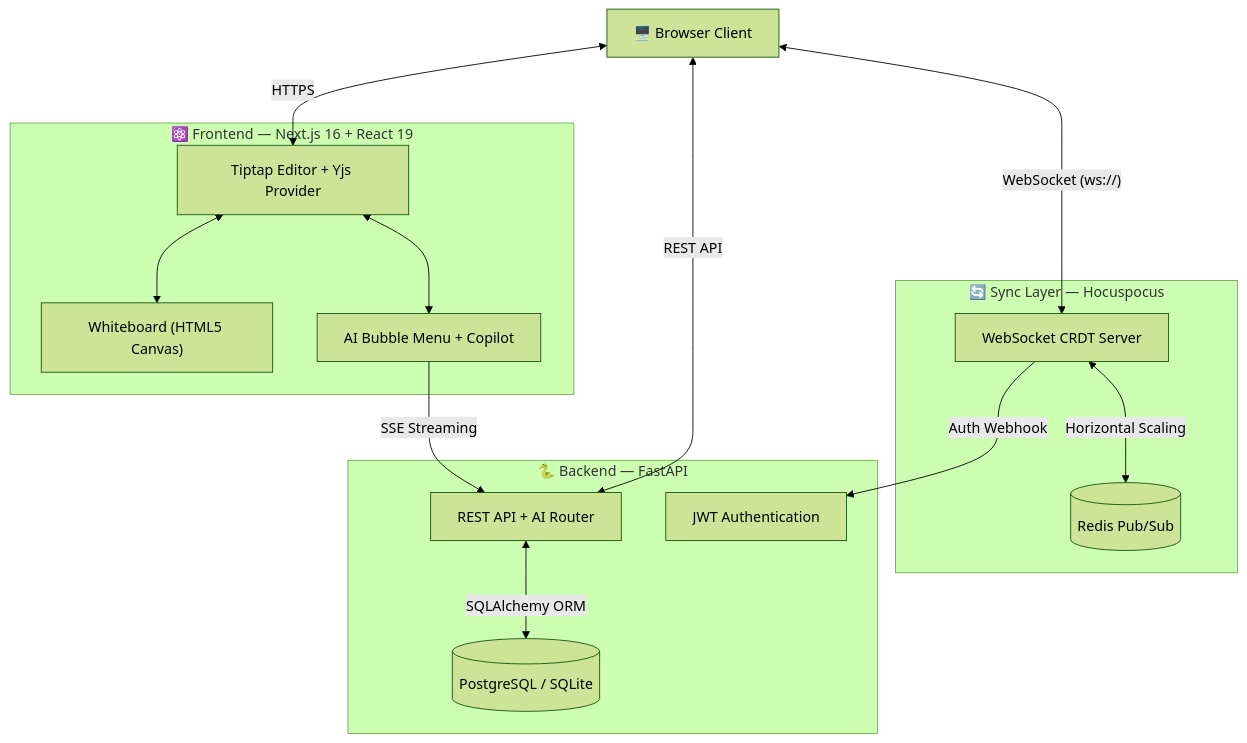
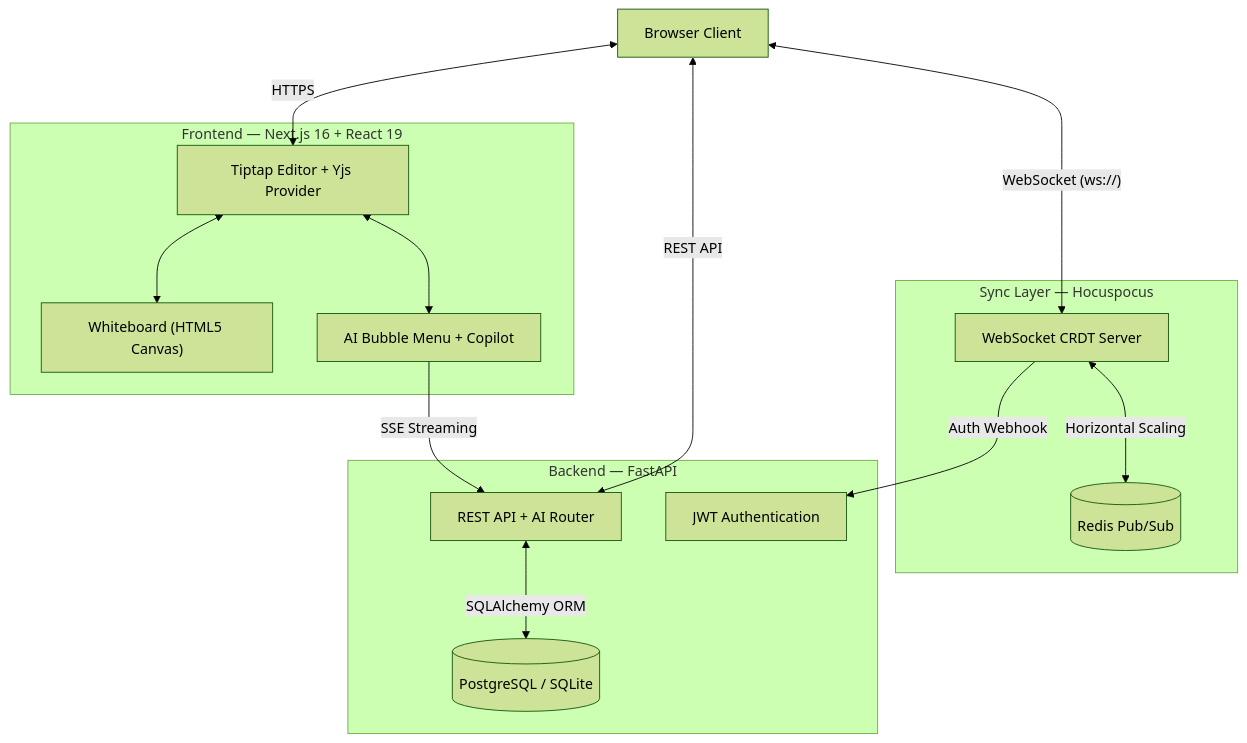
One commit to Panchadip-128/Syncpad-Distributed-State-Synchronization-Engine changed the first of 4 diagrams in README.md. Above: the diagram before and after it, drawn with Mermaid (forest theme). The commit also changed other lines of this file, not shown here.

````diff
--- a/README.md
+++ b/README.md
@@ -137,33 +137,33 @@
 ```mermaid
 graph TD
-    Client["🖥️ Browser Client"]
+    Client[" Browser Client"]
     
-    subgraph Frontend ["⚛️ Frontend — Next.js 16 + React 19"]
+    subgraph Frontend [" Frontend — Next.js 16 + React 19"]
         Web["Tiptap Editor + Yjs Provider"]
         WB["Whiteboard (HTML5 Canvas)"]
         AI_UI["AI Bubble Menu + Copilot"]
     end
     
-    subgraph Sync ["🔄 Sync Layer — Hocuspocus"]
+    subgraph Sync [" Sync Layer — Hocuspocus"]
         HP["WebSocket CRDT Server"]
         Redis[("Redis Pub/Sub")]
     end
     
-    subgraph Backend ["🐍 Backend — FastAPI"]
+    subgraph Backend [" Backend — FastAPI"]
         API["REST API + AI Router"]
         Auth["JWT Authentication"]
         DB[("PostgreSQL / SQLite")]
     end
 
     Client <-->|"HTTPS"| Web
     Client <-->|"WebSocket (ws://)"| HP
     Web <--> WB
     Web <--> AI_UI
     
     HP <-->|"Horizontal Scaling"| Redis
     HP -->|"Auth Webhook"| Auth
     
     AI_UI -->|"SSE Streaming"| API
     Client <-->|"REST API"| API
     API <-->|"SQLAlchemy ORM"| DB
 ```
````
